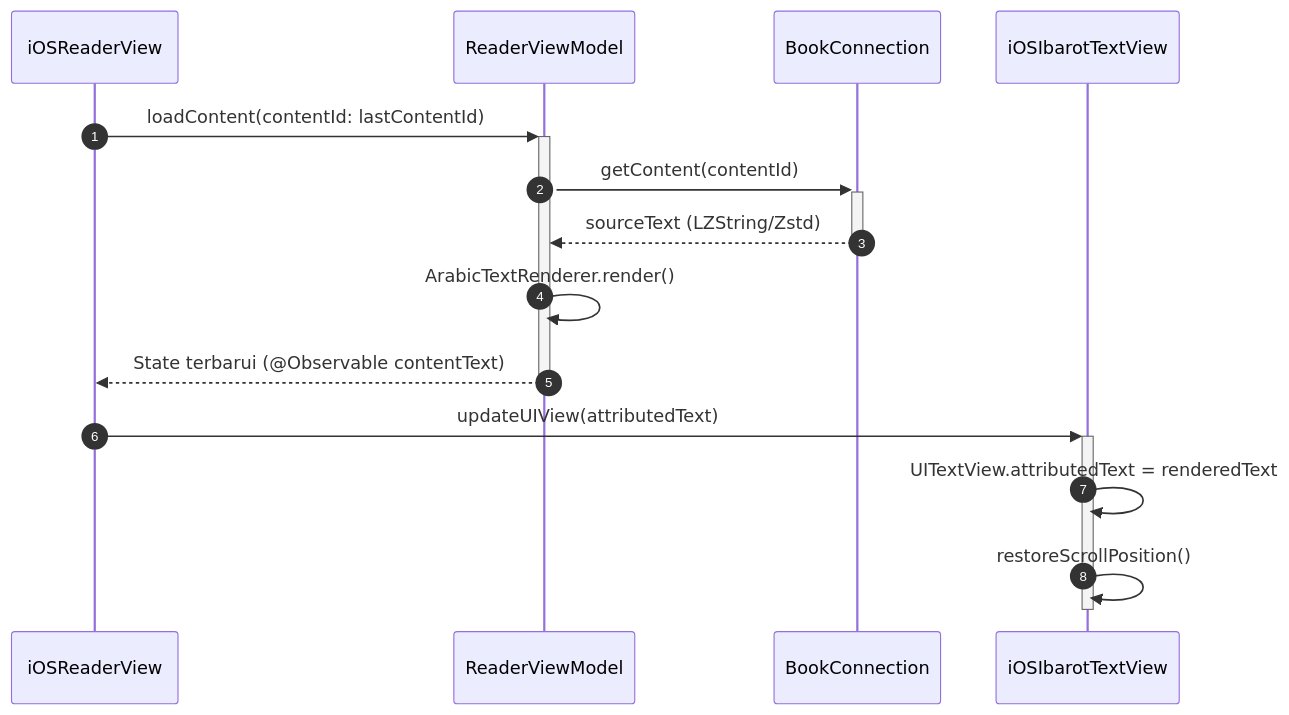
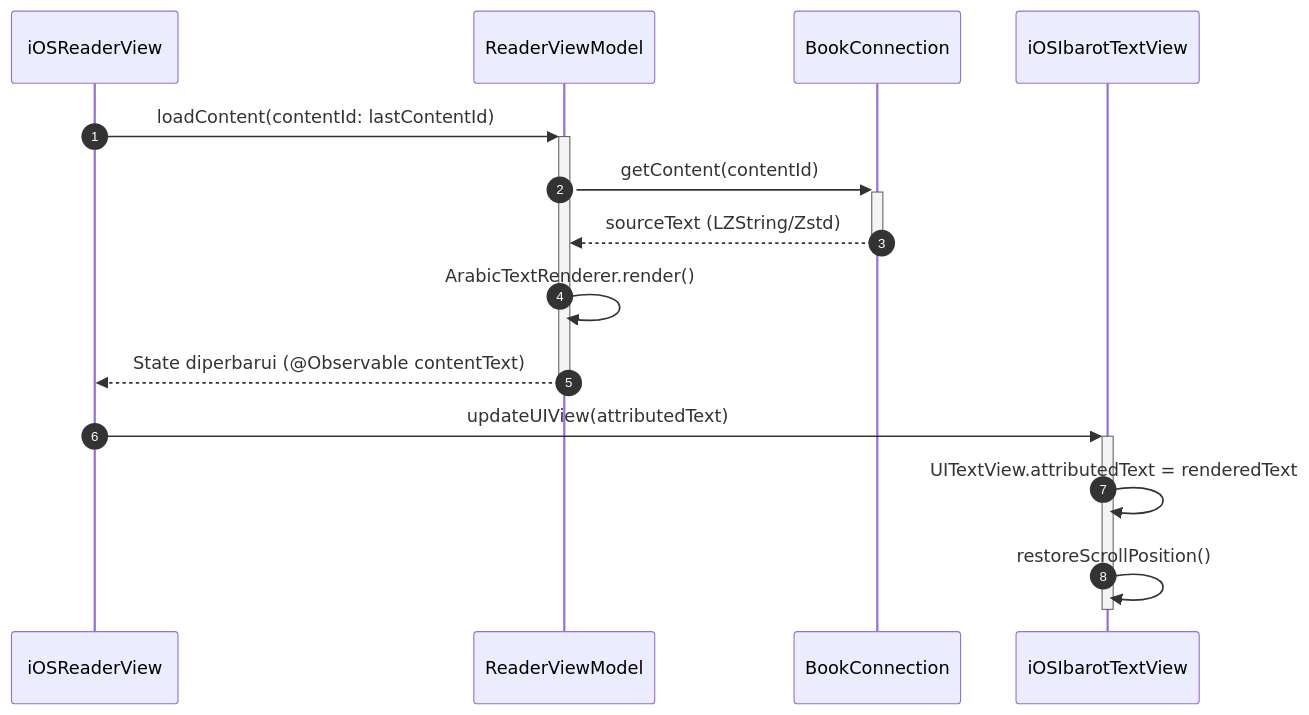
One commit to bismillah-100/Maktabah changed the fourth of 4 diagrams in docs/features/history/ios.md. Above: the diagram before and after it, drawn with Mermaid. The commit also changed other lines of this file and 5 other files, not shown here.

````diff
--- a/docs/features/history/ios.md
+++ b/docs/features/history/ios.md
@@ -95,20 +95,20 @@
 ```mermaid
 sequenceDiagram
     autonumber
 
     participant Rdr as iOSReaderView
     participant VM as ReaderViewModel
     participant DB as BookConnection
     participant TV as iOSIbarotTextView
 
     Rdr->>+VM: loadContent(contentId: lastContentId)
     VM->>+DB: getContent(contentId)
     DB-->>-VM: sourceText (LZString/Zstd)
     VM->>VM: ArabicTextRenderer.render()
-    VM-->>-Rdr: State terbarui (@Observable contentText)
+    VM-->>-Rdr: State diperbarui (@Observable contentText)
 
     Rdr->>+TV: updateUIView(attributedText)
     TV->>TV: UITextView.attributedText = renderedText
     TV->>TV: restoreScrollPosition()
     deactivate TV
 ```
````
